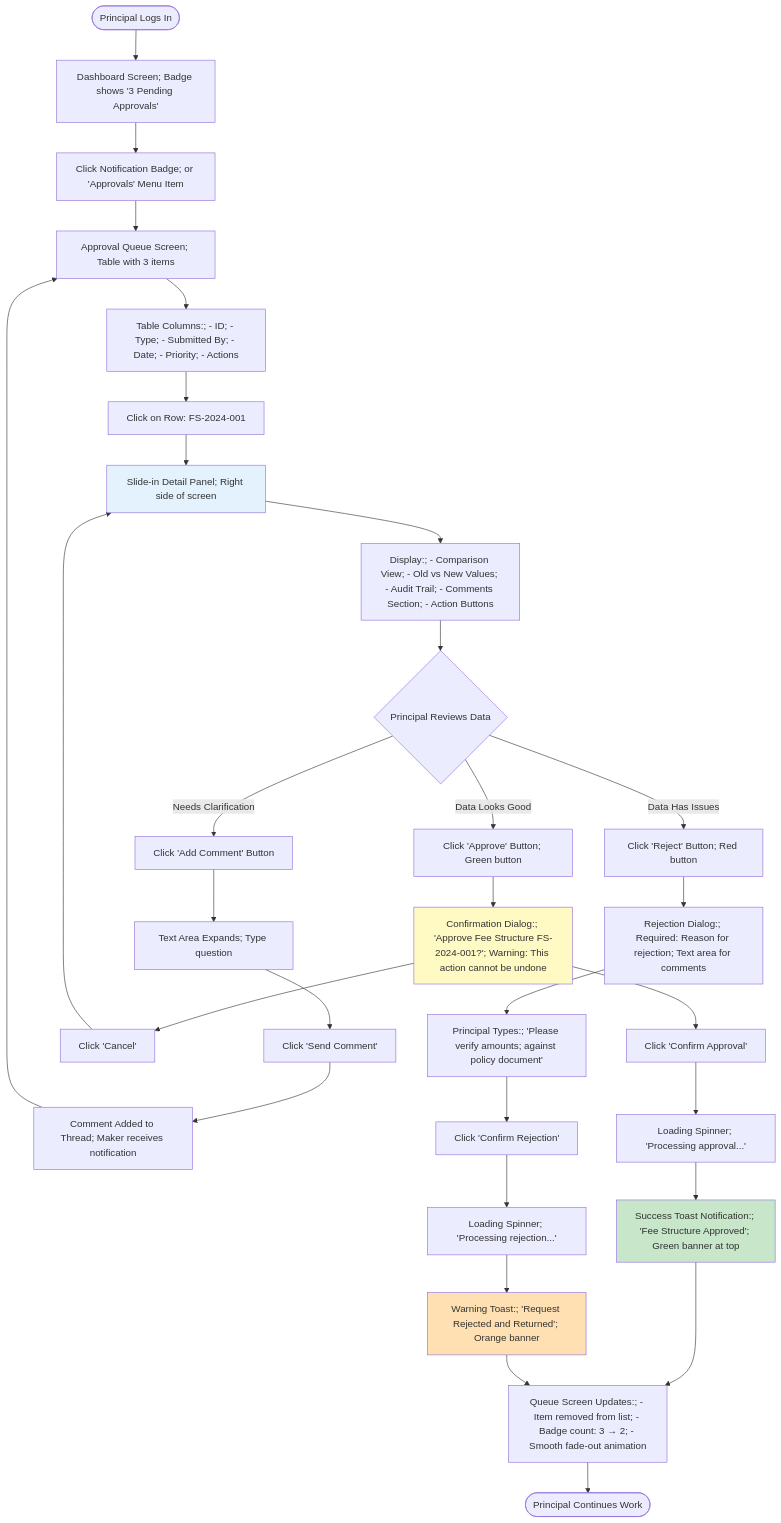
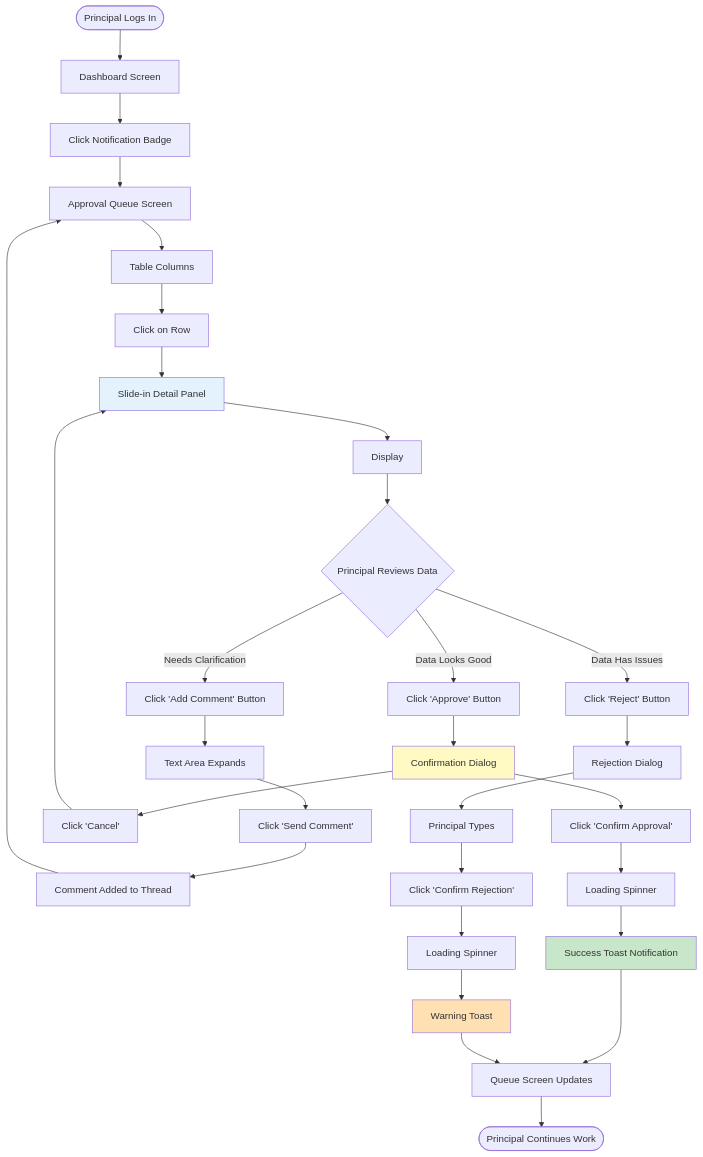
One commit to Armaan42/fee_management changed the second of 7 diagrams in docs/modules/11-verification-workflow/USER_FLOWS.md. Above: the diagram before and after it, drawn with Mermaid. The commit also changed other lines of this file and 1 other file, not shown here.

First line of the commit message:
Fix Mermaid syntax - simplify all node labels

````diff
--- a/docs/modules/11-verification-workflow/USER_FLOWS.md
+++ b/docs/modules/11-verification-workflow/USER_FLOWS.md
@@ -88,54 +88,54 @@
 ```mermaid
 flowchart TD
-    Start([Principal Logs In]) --> Dashboard[Dashboard Screen; Badge shows '3 Pending Approvals']
+    Start([Principal Logs In]) --> Dashboard[Dashboard Screen]
     
-    Dashboard --> ClickBadge[Click Notification Badge; or 'Approvals' Menu Item]
-    ClickBadge --> QueueScreen[Approval Queue Screen; Table with 3 items]
+    Dashboard --> ClickBadge[Click Notification Badge]
+    ClickBadge --> QueueScreen[Approval Queue Screen]
     
-    QueueScreen --> ViewTable[Table Columns:; - ID; - Type; - Submitted By; - Date; - Priority; - Actions]
+    QueueScreen --> ViewTable[Table Columns]
     
-    ViewTable --> ClickRow[Click on Row: FS-2024-001]
-    ClickRow --> DetailPanel[Slide-in Detail Panel; Right side of screen]
+    ViewTable --> ClickRow[Click on Row]
+    ClickRow --> DetailPanel[Slide-in Detail Panel]
     
-    DetailPanel --> ShowDetails[Display:; - Comparison View; - Old vs New Values; - Audit Trail; - Comments Section; - Action Buttons]
+    DetailPanel --> ShowDetails[Display]
     
     ShowDetails --> ReviewData{Principal Reviews Data}
     
     ReviewData -->|Needs Clarification| ClickComment[Click 'Add Comment' Button]
-    ClickComment --> TypeComment[Text Area Expands; Type question]
+    ClickComment --> TypeComment[Text Area Expands]
     TypeComment --> SendComment[Click 'Send Comment']
-    SendComment --> CommentSent[Comment Added to Thread; Maker receives notification]
+    SendComment --> CommentSent[Comment Added to Thread]
     CommentSent --> QueueScreen
     
-    ReviewData -->|Data Looks Good| ClickApprove[Click 'Approve' Button; Green button]
+    ReviewData -->|Data Looks Good| ClickApprove[Click 'Approve' Button]
     
-    ClickApprove --> ConfirmDialog[Confirmation Dialog:; 'Approve Fee Structure FS-2024-001?'; Warning: This action cannot be undone]
+    ClickApprove --> ConfirmDialog[Confirmation Dialog]
     
     ConfirmDialog --> ClickCancel[Click 'Cancel']
     ClickCancel --> DetailPanel
     
     ConfirmDialog --> ClickConfirm[Click 'Confirm Approval']
-    ClickConfirm --> ProcessingState[Loading Spinner; 'Processing approval...']
+    ClickConfirm --> ProcessingState[Loading Spinner]
     
-    ProcessingState --> SuccessToast[Success Toast Notification:; 'Fee Structure Approved'; Green banner at top]
+    ProcessingState --> SuccessToast[Success Toast Notification]
     
-    SuccessToast --> UpdateQueue[Queue Screen Updates:; - Item removed from list; - Badge count: 3 → 2; - Smooth fade-out animation]
+    SuccessToast --> UpdateQueue[Queue Screen Updates]
     
     UpdateQueue --> End([Principal Continues Work])
     
-    ReviewData -->|Data Has Issues| ClickReject[Click 'Reject' Button; Red button]
-    ClickReject --> RejectDialog[Rejection Dialog:; Required: Reason for rejection; Text area for comments]
+    ReviewData -->|Data Has Issues| ClickReject[Click 'Reject' Button]
+    ClickReject --> RejectDialog[Rejection Dialog]
     
-    RejectDialog --> TypeReason[Principal Types:; 'Please verify amounts; against policy document']
+    RejectDialog --> TypeReason[Principal Types]
     TypeReason --> ClickRejectConfirm[Click 'Confirm Rejection']
-    ClickRejectConfirm --> RejectProcessing[Loading Spinner; 'Processing rejection...']
+    ClickRejectConfirm --> RejectProcessing[Loading Spinner]
     
-    RejectProcessing --> RejectToast[Warning Toast:; 'Request Rejected and Returned'; Orange banner]
+    RejectProcessing --> RejectToast[Warning Toast]
     
     RejectToast --> UpdateQueue
     
     style DetailPanel fill:#e3f2fd
     style SuccessToast fill:#c8e6c9
     style RejectToast fill:#ffe0b2
     style ConfirmDialog fill:#fff9c4
 ```
````
